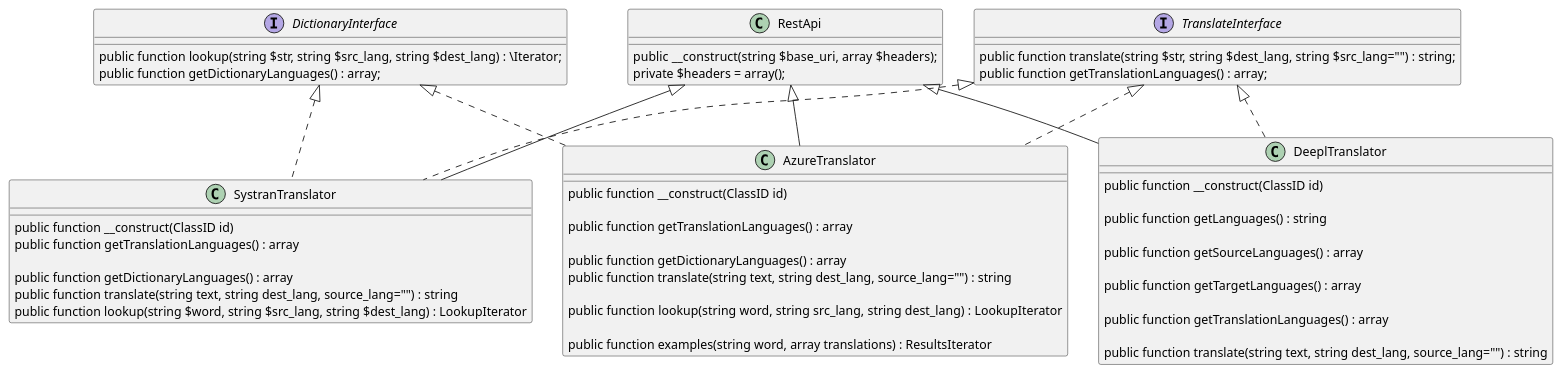
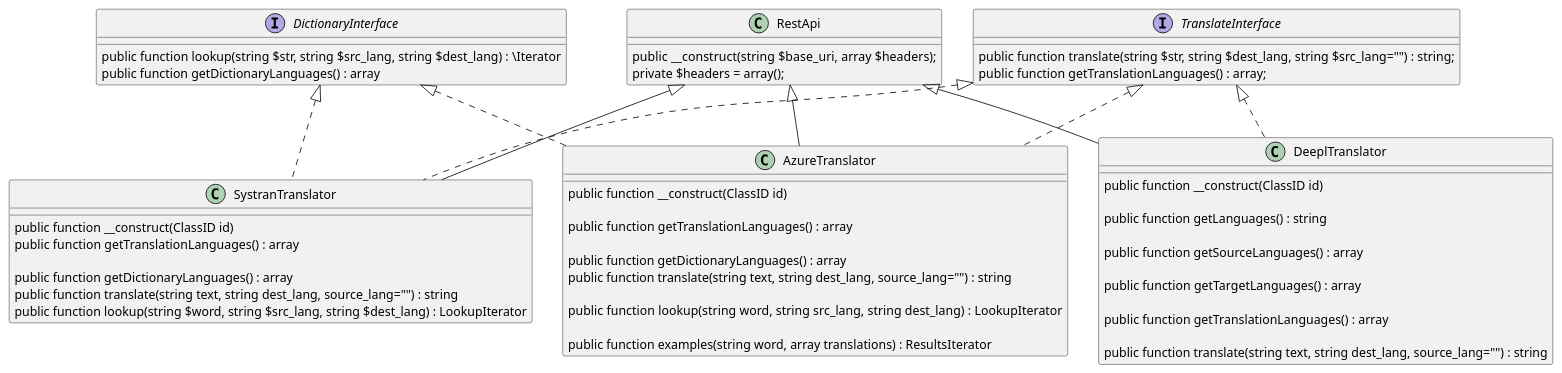
One commit to kurt-krueckeberg/language-translation-dictionary-lookup changed the diagram in plantuml/dict-trans-classes.puml. Above: the diagram before and after it, drawn with PlantUML.

```diff
--- a/plantuml/dict-trans-classes.puml
+++ b/plantuml/dict-trans-classes.puml
@@ -1,62 +1,60 @@
 interface TranslateInterface {
 
    public function translate(string $str, string $dest_lang, string $src_lang="") : string;
    public function getTranslationLanguages() : array;
 }
 
 interface DictionaryInterface {
    
-   public function lookup(string $str, string $src_lang, string $dest_lang) : \Iterator; 
-   public function getDictionaryLanguages() : array; 
+   public function lookup(string $str, string $src_lang, string $dest_lang) : \Iterator
+   public function getDictionaryLanguages() : array
 }
-
 
 class RestApi {
 
    public  __construct(string $base_uri, array $headers); 
-  
    private $headers = array(); 
 }
 
 class AzureTranslator extends RestApi implements DictionaryInterface, TranslateInterface {
    
     public function __construct(ClassID id)
    
     public function getTranslationLanguages() : array
 
     public function getDictionaryLanguages() : array 
     
     public function translate(string text, string dest_lang, source_lang="") : string 
    
    public function  lookup(string word, string src_lang, string dest_lang) : LookupIterator
 
    public function examples(string word, array translations) : ResultsIterator
 }
 
 class DeeplTranslator extends RestApi implements TranslateInterface {
    
    public function __construct(ClassID id)
    
    public function getLanguages() : string
 
    public function getSourceLanguages() : array
 
    public function getTargetLanguages() : array
    
    public function getTranslationLanguages() : array
 
    public function translate(string text, string dest_lang, source_lang="") : string 
 }
 
 class SystranTranslator extends RestApi implements DictionaryInterface, TranslateInterface {
 
    public function __construct(ClassID id)
    
    public function getTranslationLanguages() : array
 
    public function getDictionaryLanguages() : array 
     
    public function translate(string text, string dest_lang, source_lang="") : string 
    
    public function lookup(string $word, string $src_lang, string $dest_lang) : LookupIterator
 }
```
